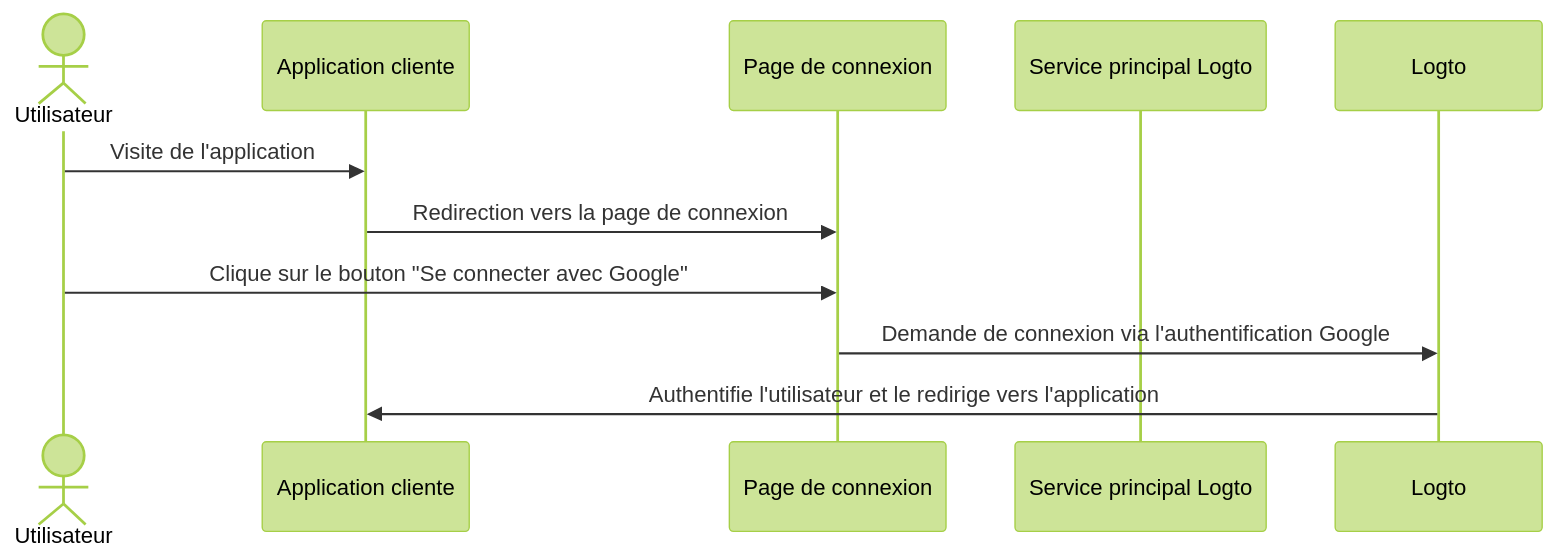
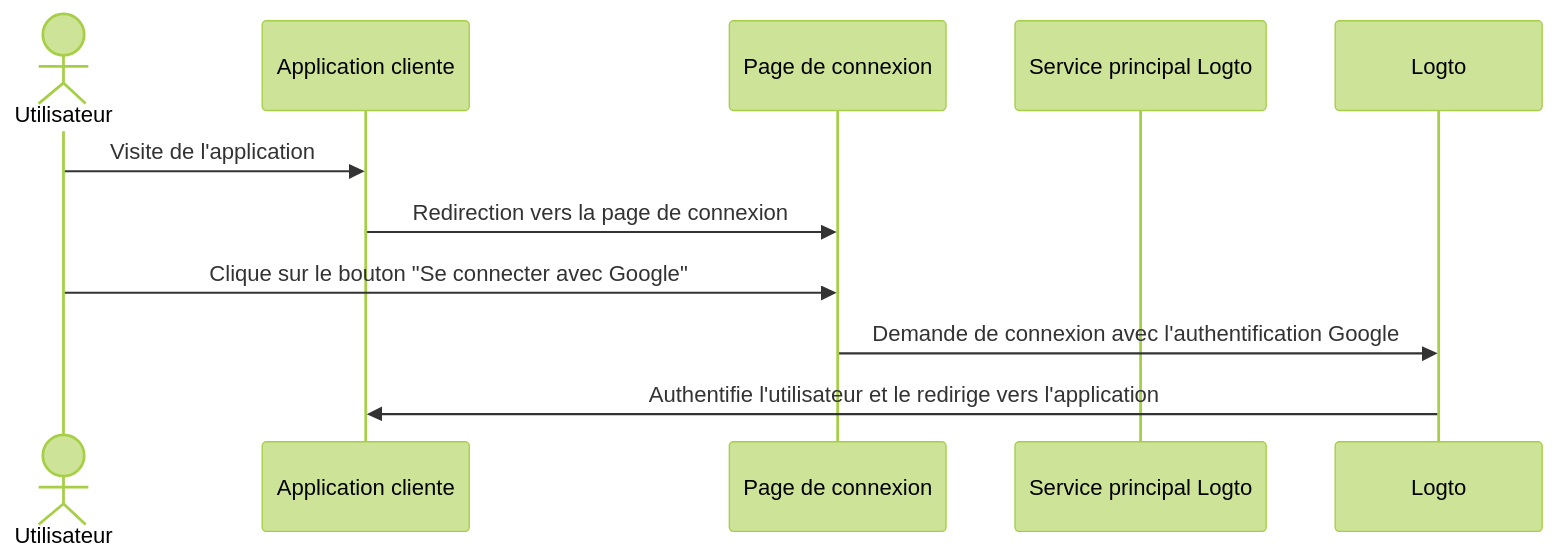
The sixth of 6 diagrams in i18n/fr/docusaurus-plugin-content-docs/current/end-user-flows/sign-up-and-sign-in/social-sign-in.mdx (logto-io/docs), drawn with Mermaid (forest theme) before and after one commit. The commit also changed other lines of this file and 666 other files, not shown here.

````diff
--- a/i18n/fr/docusaurus-plugin-content-docs/current/end-user-flows/sign-up-and-sign-in/social-sign-in.mdx
+++ b/i18n/fr/docusaurus-plugin-content-docs/current/end-user-flows/sign-up-and-sign-in/social-sign-in.mdx
@@ -180,13 +180,13 @@
 ```mermaid
 sequenceDiagram
 actor user as Utilisateur
     participant app as Application cliente
     participant experience as Page de connexion
     participant logto as Service principal Logto
 
     user->>app: Visite de l'application
     app->>experience: Redirection vers la page de connexion
     user->>experience: Clique sur le bouton "Se connecter avec Google"
-    experience->>Logto: Demande de connexion via l'authentification Google
+    experience->>Logto: Demande de connexion avec l'authentification Google
     Logto->>app: Authentifie l'utilisateur et le redirige vers l'application
 ```
````
